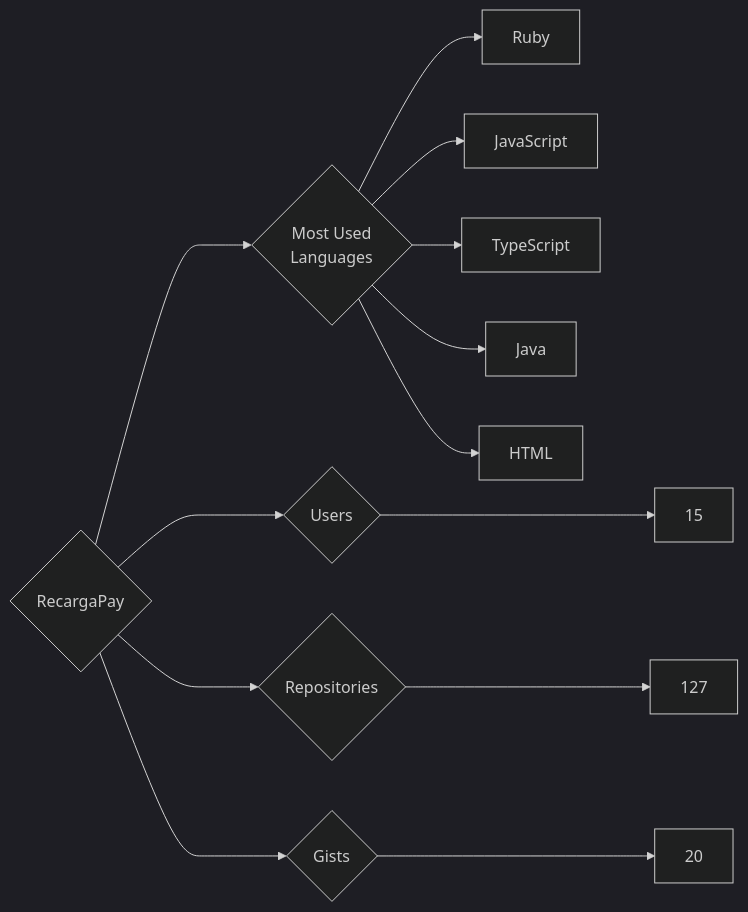
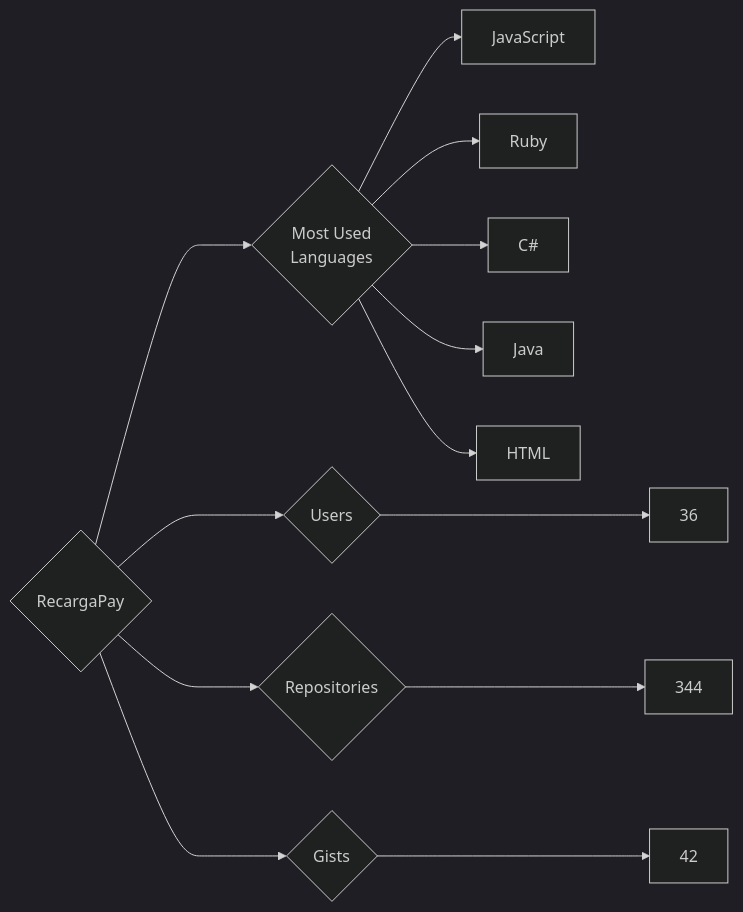
Before and after one commit to trickest/insiders: the diagram in targets/RecargaPay/README.md, drawn with Mermaid (dark theme). The commit also changed 928 other files, not shown here.

````diff
--- a/targets/RecargaPay/README.md
+++ b/targets/RecargaPay/README.md
@@ -3,13 +3,13 @@
 ```mermaid
 graph LR
 COMPANY_NAME{RecargaPay}
-COMPANY_NAME ---> U{Users} ---> UN[15]
-COMPANY_NAME ---> R{Repositories} ---> RN[127]
-COMPANY_NAME ---> G{Gists} ---> GN[20]
+COMPANY_NAME ---> U{Users} ---> UN[36]
+COMPANY_NAME ---> R{Repositories} ---> RN[344]
+COMPANY_NAME ---> G{Gists} ---> GN[42]
 COMPANY_NAME ---> ML{Most Used<br>Languages}
+ML --> JavaScript[JavaScript]
 ML --> Ruby[Ruby]
-ML --> JavaScript[JavaScript]
-ML --> TypeScript[TypeScript]
+ML --> C#[C#]
 ML --> Java[Java]
 ML --> HTML[HTML]
 ```
````
